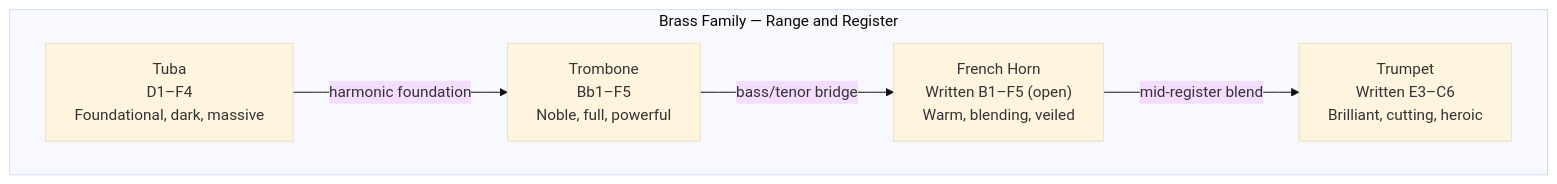
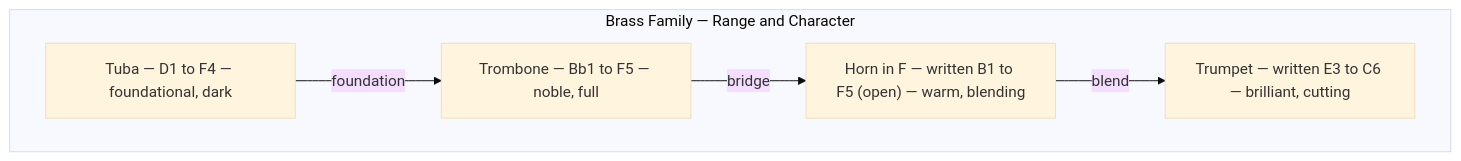
The third of 8 diagrams in topics/arts/composition/orchestration/lesson_03_instrument_specific_techniques.md (blebleblee/synapse), drawn with Mermaid (base theme) before and after one commit. The commit also changed other lines of this file and 4 other files, not shown here.

````diff
--- a/topics/arts/composition/orchestration/lesson_03_instrument_specific_techniques.md
+++ b/topics/arts/composition/orchestration/lesson_03_instrument_specific_techniques.md
@@ -177,13 +216,12 @@
 ```mermaid
 graph TD
-    subgraph sub_brass_family___range_and_registe ["Brass Family — Range and Register"]
-        Tp["Trumpet\nWritten E3–C6\nBrilliant, cutting, heroic"]
-        Hn["French Horn\nWritten B1–F5 (open)\nWarm, blending, veiled"]
-        Tb["Trombone\nBb1–F5\nNoble, full, powerful"]
-        Tu["Tuba\nD1–F4\nFoundational, dark, massive"]
+    subgraph sub_brass_family_range ["Brass Family — Range and Character"]
+        Tp["Trumpet — written E3 to C6 — brilliant, cutting"]
+        Hn["Horn in F — written B1 to F5 (open) — warm, blending"]
+        Tb["Trombone — Bb1 to F5 — noble, full"]
+        Tu["Tuba — D1 to F4 — foundational, dark"]
     end
-
-    Tu -->|"harmonic foundation"| Tb
-    Tb -->|"bass/tenor bridge"| Hn
-    Hn -->|"mid-register blend"| Tp
+    Tu -->|"foundation"| Tb
+    Tb -->|"bridge"| Hn
+    Hn -->|"blend"| Tp
 ```
````
